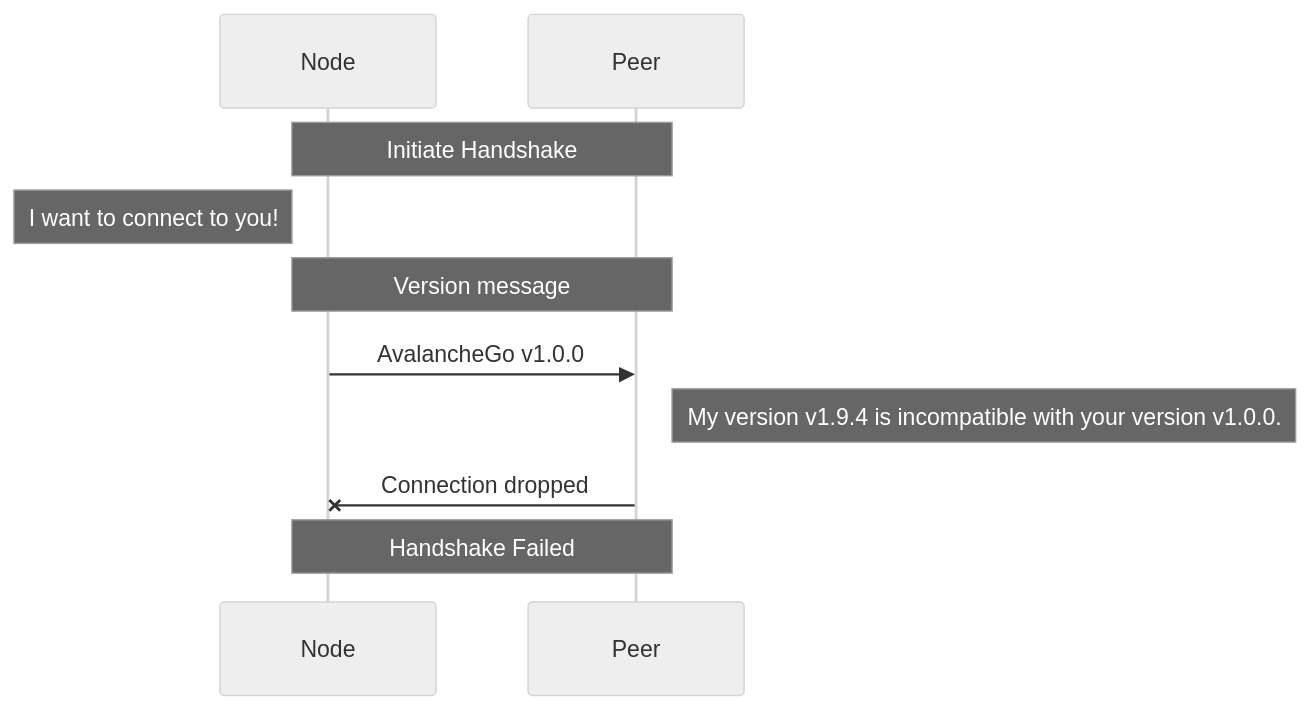
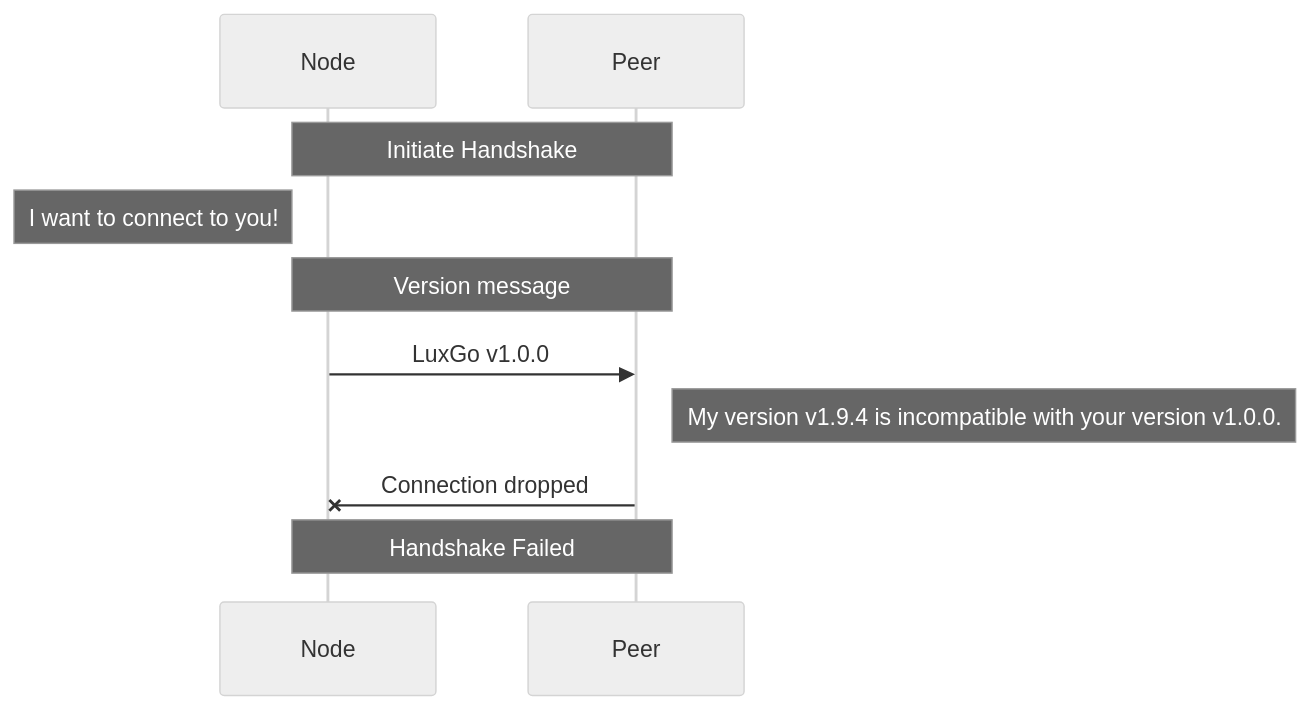
The second of 5 diagrams in network/README.md (luxfi/node), drawn with Mermaid (neutral theme) before and after one commit. The commit also changed other lines of this file and 297 other files, not shown here.

````diff
--- a/network/README.md
+++ b/network/README.md
@@ -59,10 +59,10 @@
 ```mermaid
 sequenceDiagram
 Note over Node,Peer: Initiate Handshake
 Note left of Node: I want to connect to you!
 Note over Node,Peer: Version message
-Node->>Peer: AvalancheGo v1.0.0
+Node->>Peer: LuxGo v1.0.0
 Note right of Peer: My version v1.9.4 is incompatible with your version v1.0.0.
 Peer-xNode: Connection dropped
 Note over Node,Peer: Handshake Failed
 ```
````
